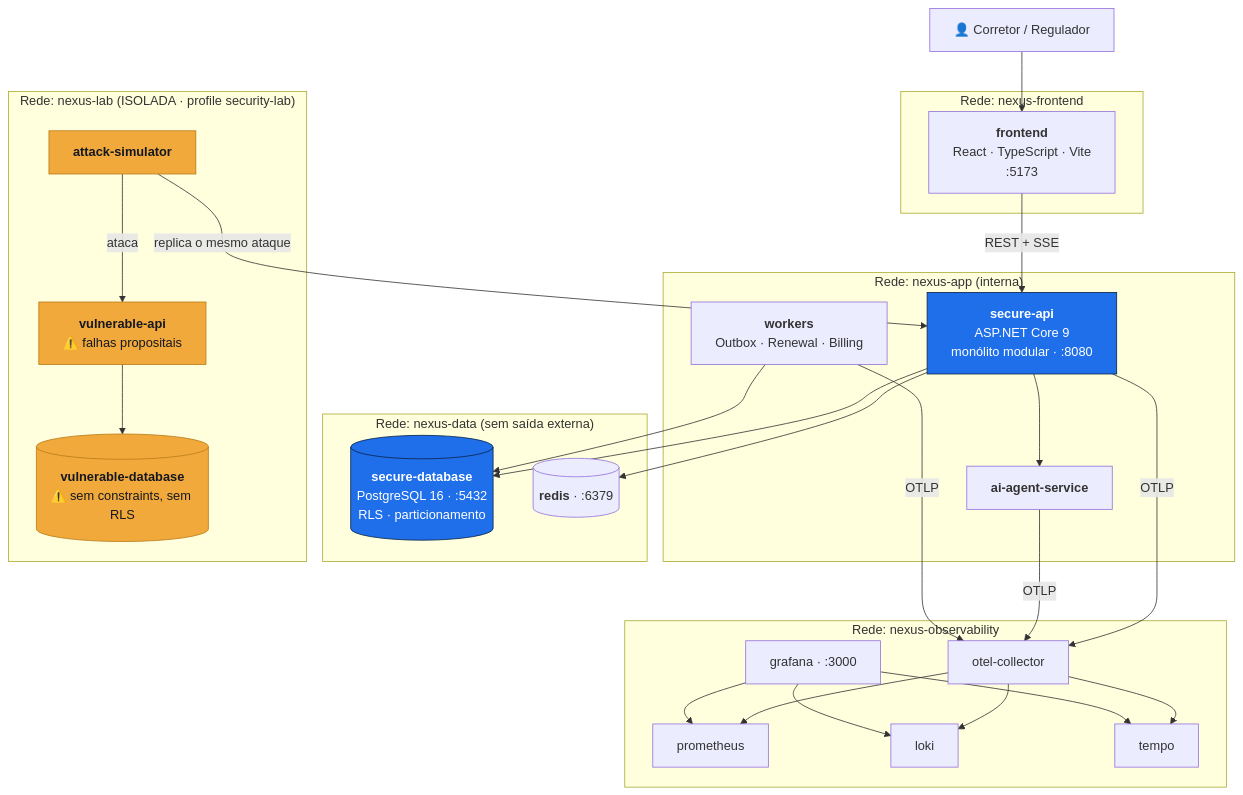
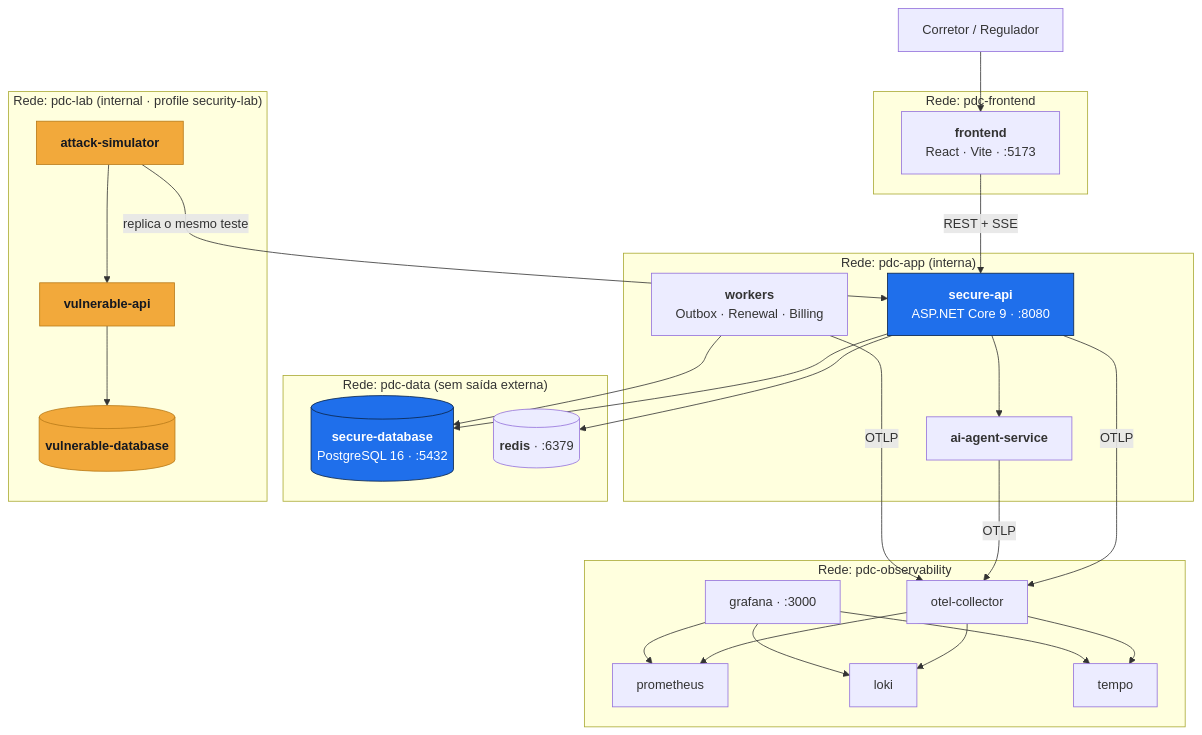
One commit to volksec/0009098 changed the first of 4 diagrams in README.md. Above: the diagram before and after it, drawn with Mermaid. The commit also changed other lines of this file and 37 other files, not shown here.

````diff
--- a/README.md
+++ b/README.md
@@ -202,42 +387,42 @@
 ```mermaid
 graph TB
-    U["👤 Corretor / Regulador"]
+    U["Corretor / Regulador"]
 
-    subgraph pub["Rede: nexus-frontend"]
-        FE["<b>frontend</b><br/>React · TypeScript · Vite<br/>:5173"]
+    subgraph pub["Rede: pdc-frontend"]
+        FE["<b>frontend</b><br/>React · Vite · :5173"]
     end
 
-    subgraph app["Rede: nexus-app (interna)"]
-        API["<b>secure-api</b><br/>ASP.NET Core 9<br/>monólito modular · :8080"]
+    subgraph app["Rede: pdc-app (interna)"]
+        API["<b>secure-api</b><br/>ASP.NET Core 9 · :8080"]
         AI["<b>ai-agent-service</b>"]
         WRK["<b>workers</b><br/>Outbox · Renewal · Billing"]
     end
 
-    subgraph dados["Rede: nexus-data (sem saída externa)"]
-        PG[("<b>secure-database</b><br/>PostgreSQL 16 · :5432<br/>RLS · particionamento")]
+    subgraph dados["Rede: pdc-data (sem saída externa)"]
+        PG[("<b>secure-database</b><br/>PostgreSQL 16 · :5432")]
         RD[("<b>redis</b> · :6379")]
     end
 
-    subgraph lab["Rede: nexus-lab (ISOLADA · profile security-lab)"]
-        VAPI["<b>vulnerable-api</b><br/>⚠️ falhas propositais"]
-        VPG[("<b>vulnerable-database</b><br/>⚠️ sem constraints, sem RLS")]
+    subgraph lab["Rede: pdc-lab (internal · profile security-lab)"]
+        VAPI["<b>vulnerable-api</b>"]
+        VPG[("<b>vulnerable-database</b>")]
         ATK["<b>attack-simulator</b>"]
     end
 
-    subgraph obs["Rede: nexus-observability"]
+    subgraph obs["Rede: pdc-observability"]
         OTEL["otel-collector"] --> PROM["prometheus"] & LOKI["loki"] & TEMPO["tempo"]
         GRAF["grafana · :3000"] --> PROM & LOKI & TEMPO
     end
 
     U --> FE -->|"REST + SSE"| API
     API --> PG & RD & AI
     WRK --> PG
     API & AI & WRK -->|OTLP| OTEL
-    ATK -->|"ataca"| VAPI --> VPG
-    ATK -->|"replica o mesmo ataque"| API
+    ATK --> VAPI --> VPG
+    ATK -->|"replica o mesmo teste"| API
 
     classDef labc fill:#F2A93B,stroke:#B87A18,color:#141821
     classDef sec fill:#1F6FEB,stroke:#0B2447,color:#fff
     class VAPI,VPG,ATK labc
     class API,PG sec
 ```
````
